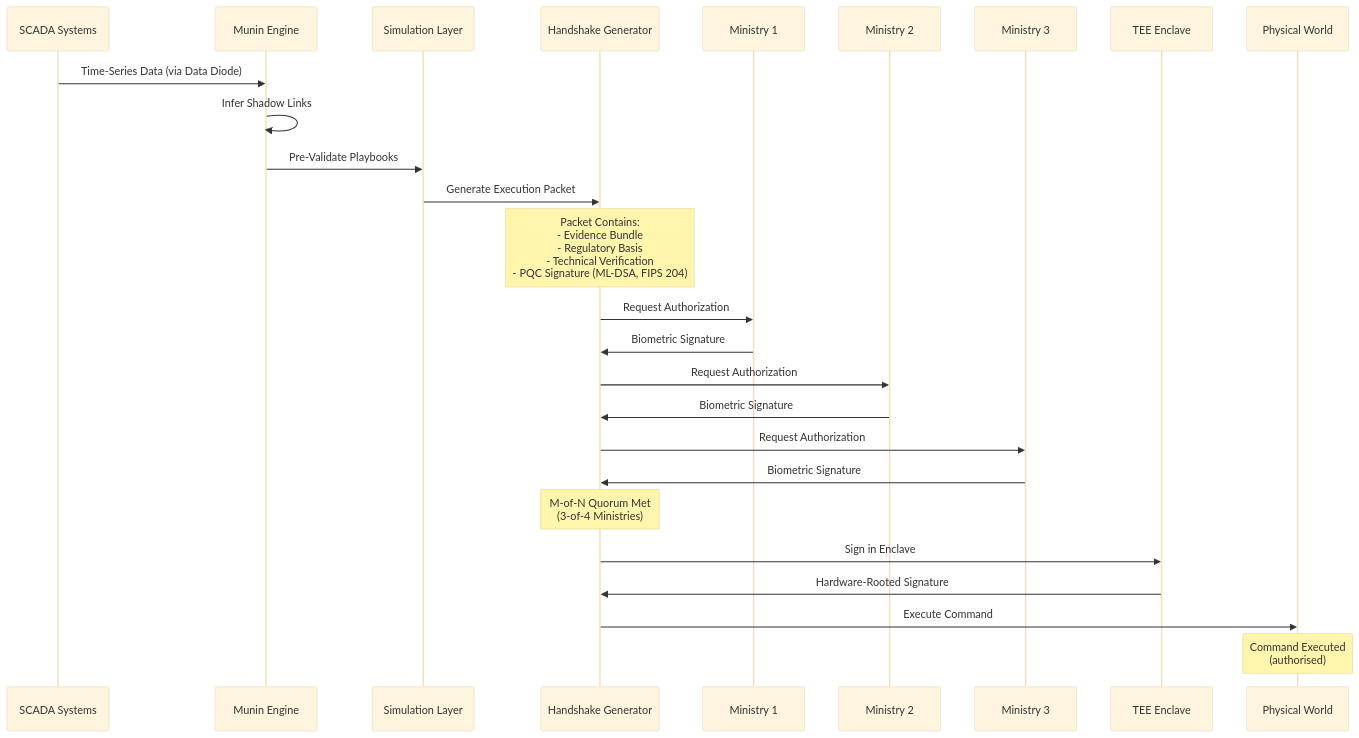
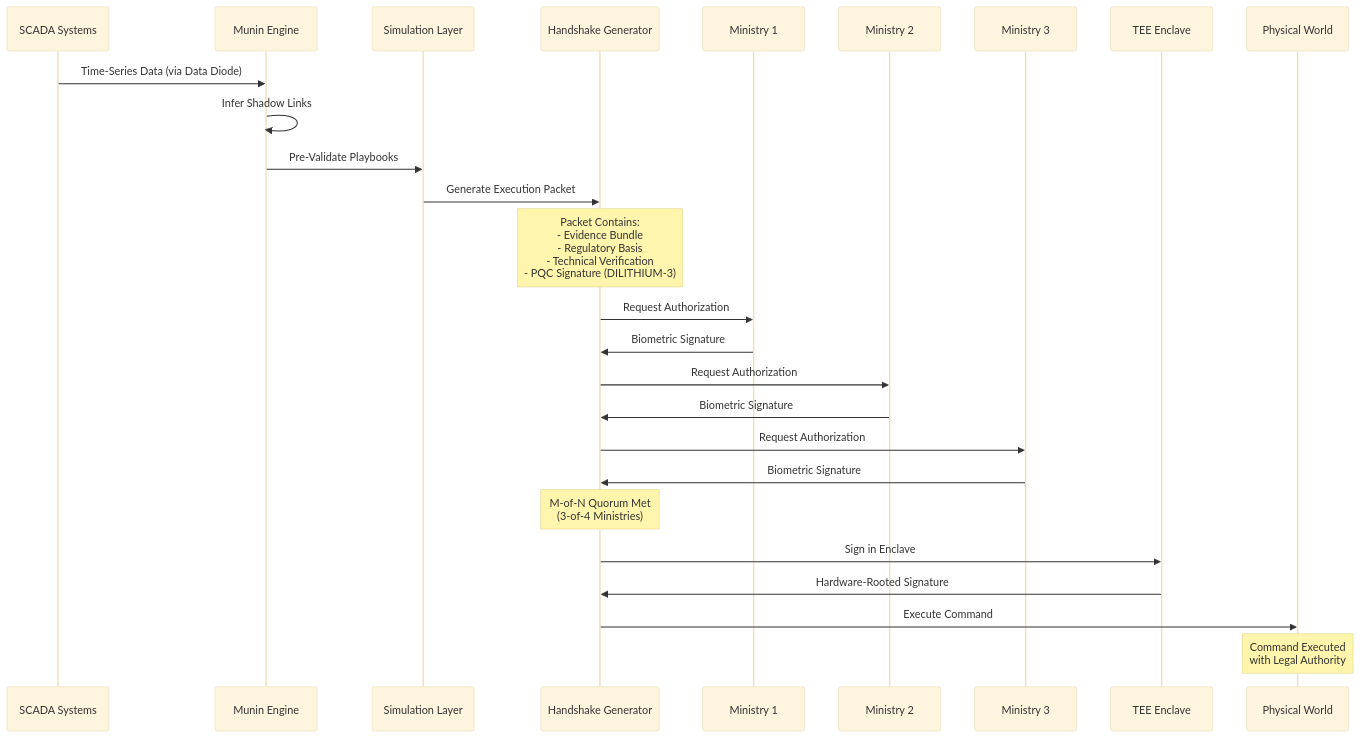
Before and after one commit to jacobsprake/munin: the second of 3 diagrams in README.md, drawn with Mermaid (base theme). The commit also changed other lines of this file and 7 other files, not shown here.

````diff
--- a/README.md
+++ b/README.md
@@ -172,34 +153,34 @@
 ```mermaid
 sequenceDiagram
     participant SCADA as SCADA Systems
     participant Munin as Munin Engine
     participant Sim as Simulation Layer
     participant Handshake as Handshake Generator
     participant Ministry1 as Ministry 1
     participant Ministry2 as Ministry 2
     participant Ministry3 as Ministry 3
     participant TEE as TEE Enclave
     participant Physical as Physical World
 
     SCADA->>Munin: Time-Series Data (via Data Diode)
     Munin->>Munin: Infer Shadow Links
     Munin->>Sim: Pre-Validate Playbooks
     Sim->>Handshake: Generate Execution Packet
     
-    Note over Handshake: Packet Contains:<br/>- Evidence Bundle<br/>- Regulatory Basis<br/>- Technical Verification<br/>- PQC Signature (ML-DSA, FIPS 204)
+    Note over Handshake: Packet Contains:<br/>- Evidence Bundle<br/>- Regulatory Basis<br/>- Technical Verification<br/>- PQC Signature (DILITHIUM-3)
     
     Handshake->>Ministry1: Request Authorization
     Ministry1->>Handshake: Biometric Signature
     Handshake->>Ministry2: Request Authorization
     Ministry2->>Handshake: Biometric Signature
     Handshake->>Ministry3: Request Authorization
     Ministry3->>Handshake: Biometric Signature
     
     Note over Handshake: M-of-N Quorum Met<br/>(3-of-4 Ministries)
     
     Handshake->>TEE: Sign in Enclave
     TEE->>Handshake: Hardware-Rooted Signature
     Handshake->>Physical: Execute Command
     
-    Note over Physical: Command Executed<br/>(authorised)
+    Note over Physical: Command Executed<br/>with Legal Authority
 ```
````
